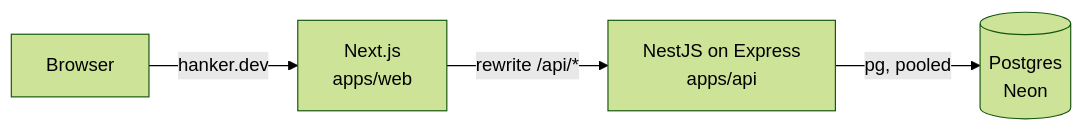
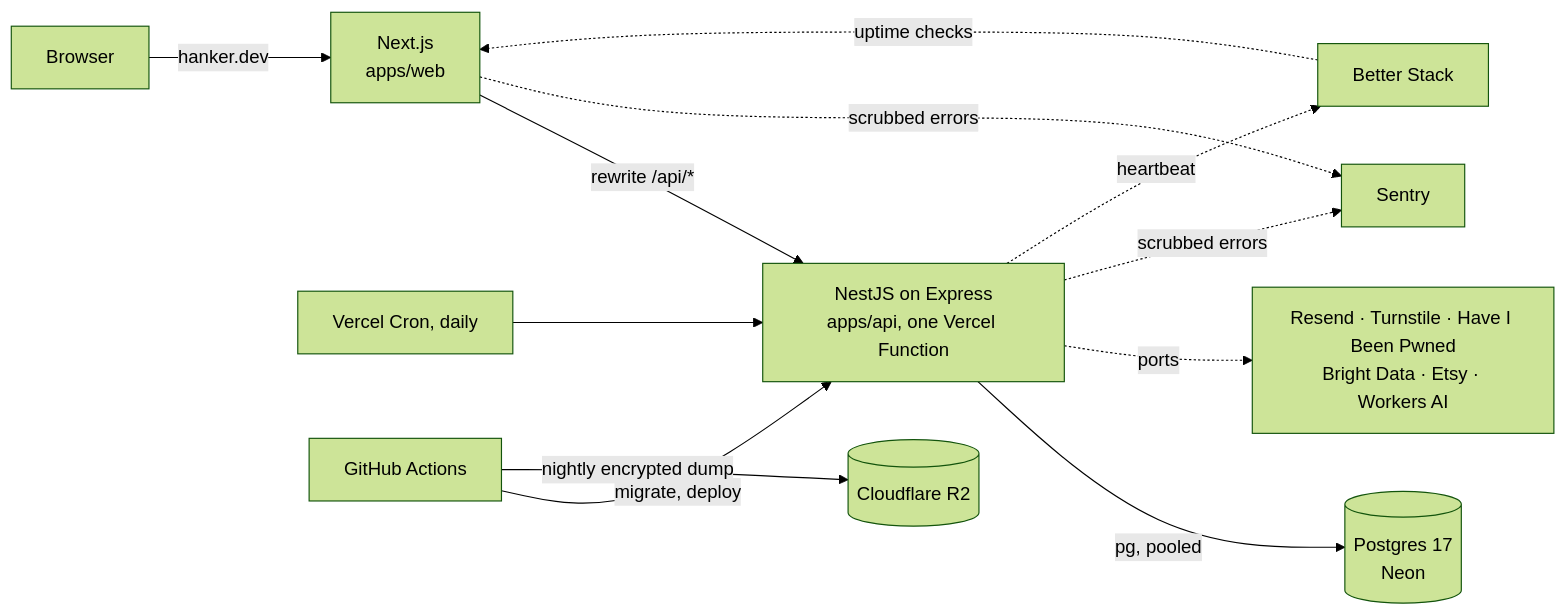
Before and after one commit to Shockolate/wishlist-app: the diagram in README.md, drawn with Mermaid (forest theme). The commit also changed other lines of this file and 2 other files, not shown here.

First line of the commit message:
docs: architecture and operations in the README (#246)

````diff
--- a/README.md
+++ b/README.md
@@ -30,6 +30,13 @@
 ```mermaid
 flowchart LR
   B[Browser] -->|hanker.dev| W["Next.js<br/>apps/web"]
-  W -->|"rewrite /api/*"| A["NestJS on Express<br/>apps/api"]
-  A -->|pg, pooled| D[("Postgres<br/>Neon")]
+  W -->|"rewrite /api/*"| A["NestJS on Express<br/>apps/api, one Vercel Function"]
+  A -->|pg, pooled| D[("Postgres 17<br/>Neon")]
+  A -.->|ports| X["Resend · Turnstile · Have I Been Pwned<br/>Bright Data · Etsy · Workers AI"]
+  W & A -.->|scrubbed errors| S[Sentry]
+  C[Vercel Cron, daily] --> A
+  A -.->|heartbeat| U[Better Stack]
+  U -.->|uptime checks| W
+  G[GitHub Actions] -->|"migrate, deploy"| A
+  G -->|"nightly encrypted dump"| R[("Cloudflare R2")]
 ```
````
